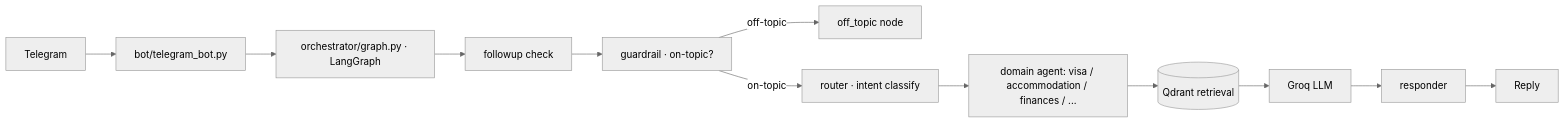
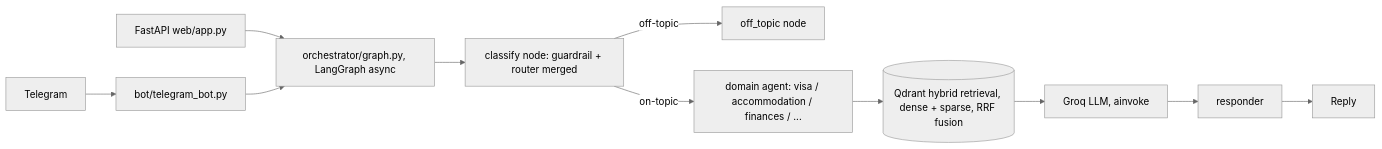
The diagram in _portfolio/early-companion.md (PranavC225/PranavC225.github.io), drawn with Mermaid (neutral theme) before and after one commit. The commit also changed other lines of this file and 1 other file, not shown here.

First line of the commit message:
docs: update early-companion portfolio entry for v2 architecture

````diff
--- a/_portfolio/early-companion.md
+++ b/_portfolio/early-companion.md
@@ -28,12 +30,11 @@
 ```mermaid
 flowchart LR
   TG[Telegram] --> Bot[bot/telegram_bot.py]
-  Bot --> G[orchestrator/graph.py · LangGraph]
-  G --> FU[followup check]
-  FU --> GR[guardrail · on-topic?]
-  GR -->|off-topic| OT[off_topic node]
-  GR -->|on-topic| R[router · intent classify]
-  R --> A[domain agent: visa / accommodation / finances / ...]
-  A --> Q[(Qdrant retrieval)]
-  Q --> L[Groq LLM] --> Resp[responder] --> Reply
+  Web[FastAPI web/app.py] --> G
+  Bot --> G[orchestrator/graph.py, LangGraph async]
+  G --> C[classify node: guardrail + router merged]
+  C -->|off-topic| OT[off_topic node]
+  C -->|on-topic| A[domain agent: visa / accommodation / finances / ...]
+  A --> Q[(Qdrant hybrid retrieval, dense + sparse, RRF fusion)]
+  Q --> L[Groq LLM, ainvoke] --> Resp[responder] --> Reply
 ```
````
